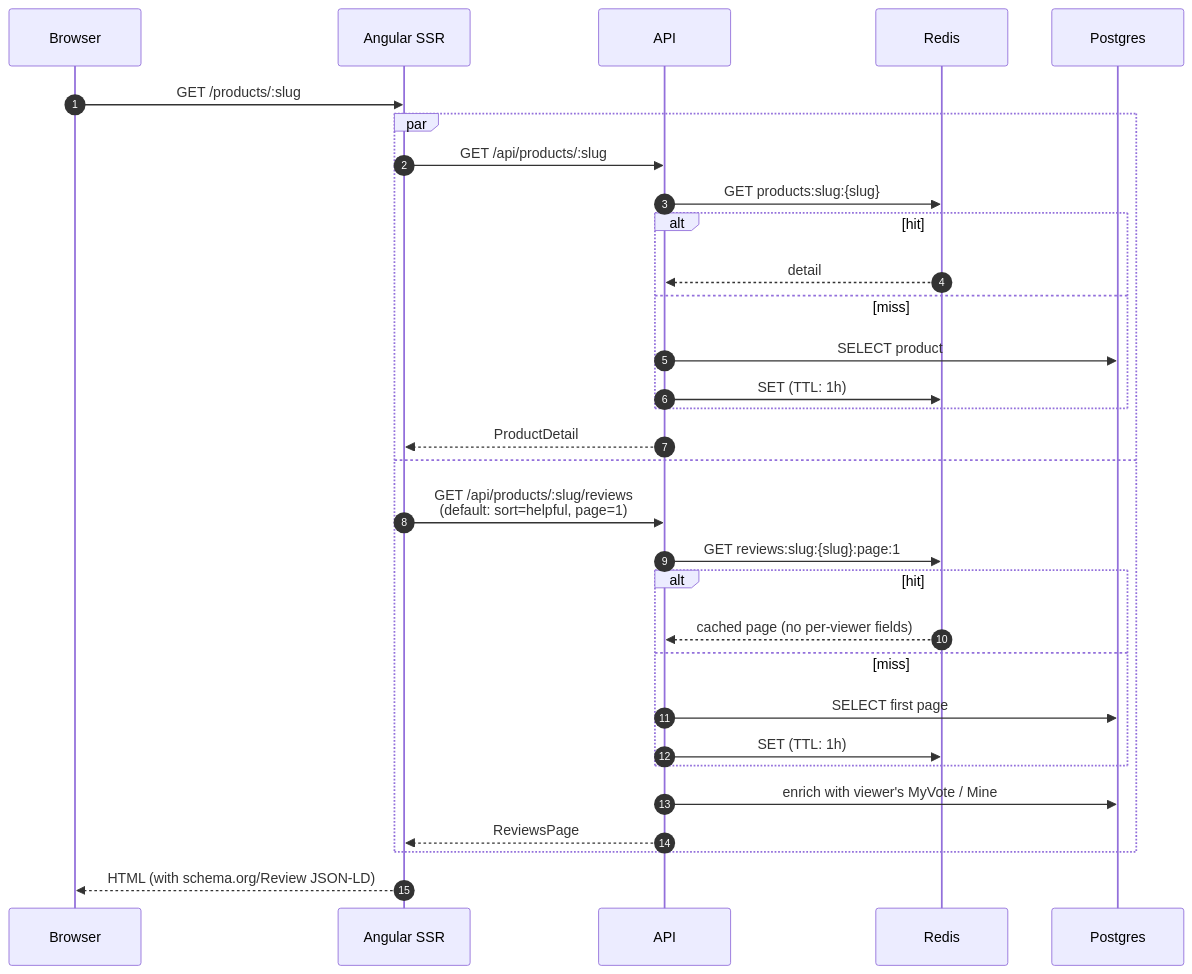
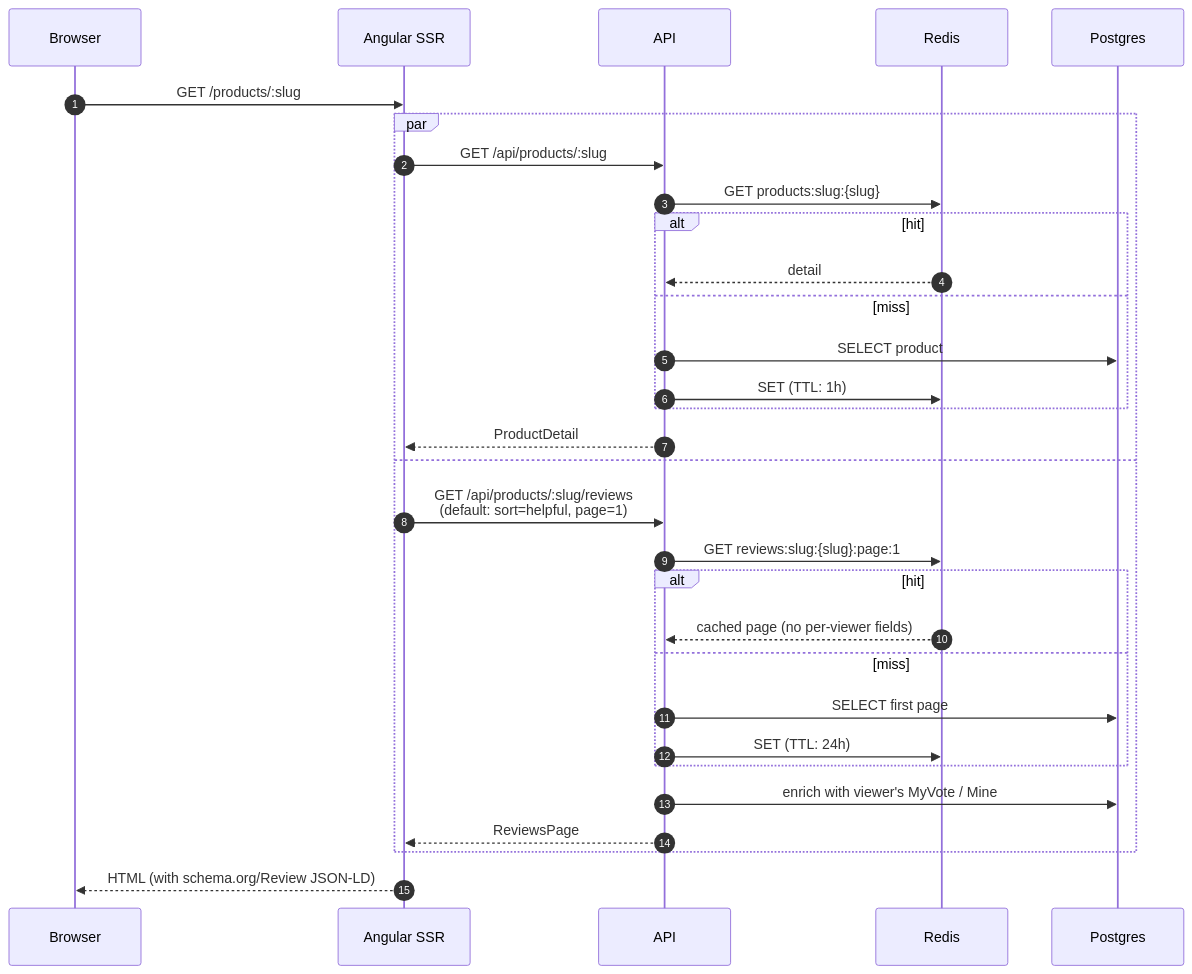
One commit to KaliCZ/reviews changed the fourth of 12 diagrams in docs/flows.md. Above: the diagram before and after it, drawn with Mermaid. The commit also changed 2 other files, not shown here.

Commit message:
Bump first-page review cache TTL to 24h
Cache is invalidated by the InvalidateProductCaches activity at the
end of every mutating workflow (Submit/Edit/Delete/RateReview), so
TTL-based expiry isn't load-bearing — it's just a backstop. Stretch
it from 1h to 24h to maximize hit rate.

````diff
--- a/docs/flows.md
+++ b/docs/flows.md
@@ -112,34 +112,34 @@
 ```mermaid
 sequenceDiagram
     autonumber
     participant B as Browser
     participant S as Angular SSR
     participant A as API
     participant R as Redis
     participant P as Postgres
 
     B->>S: GET /products/:slug
     par
         S->>A: GET /api/products/:slug
         A->>R: GET products:slug:{slug}
         alt hit
             R-->>A: detail
         else miss
             A->>P: SELECT product
             A->>R: SET (TTL: 1h)
         end
         A-->>S: ProductDetail
     and
         S->>A: GET /api/products/:slug/reviews<br/>(default: sort=helpful, page=1)
         A->>R: GET reviews:slug:{slug}:page:1
         alt hit
             R-->>A: cached page (no per-viewer fields)
         else miss
             A->>P: SELECT first page
-            A->>R: SET (TTL: 1h)
+            A->>R: SET (TTL: 24h)
         end
         A->>P: enrich with viewer's MyVote / Mine
         A-->>S: ReviewsPage
     end
     S-->>B: HTML (with schema.org/Review JSON-LD)
 ```
````
